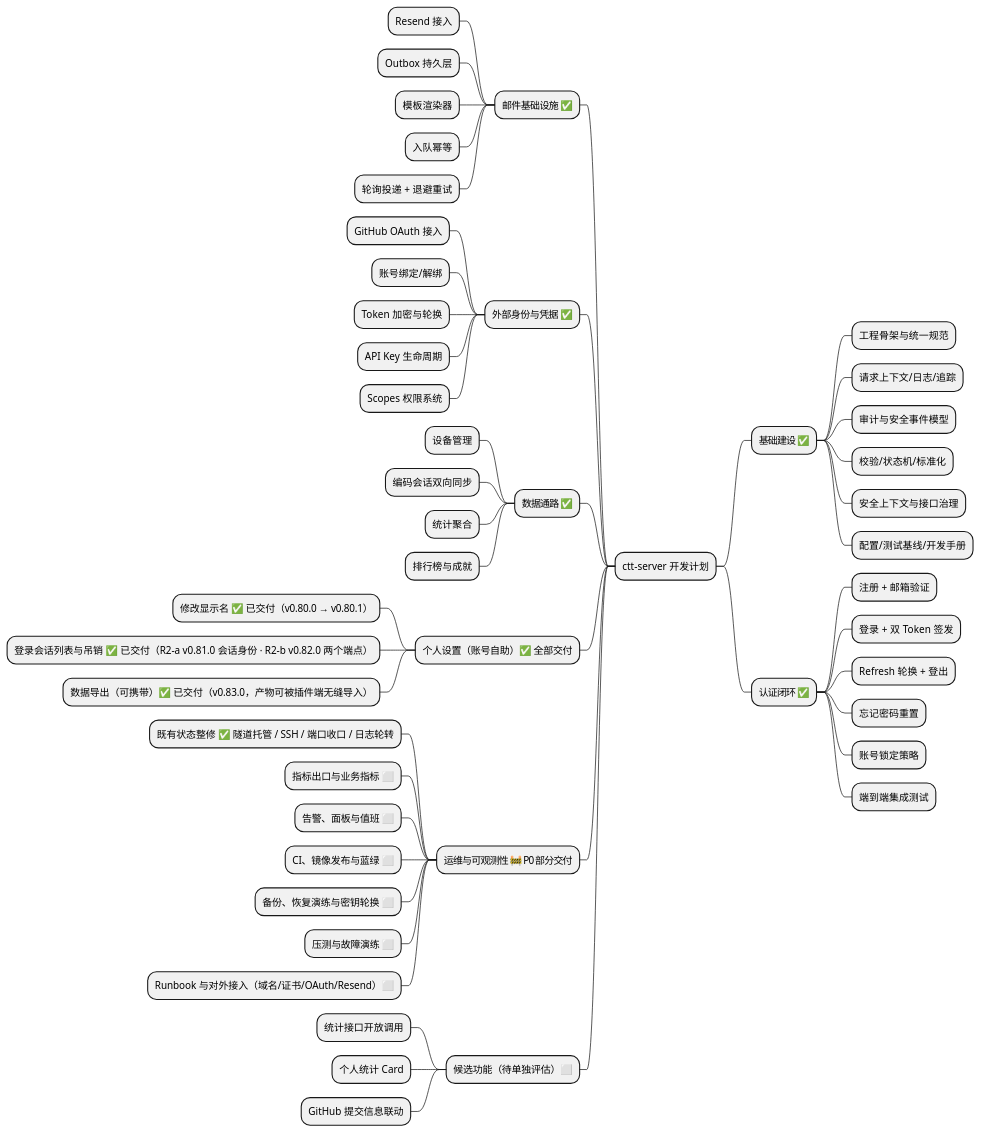
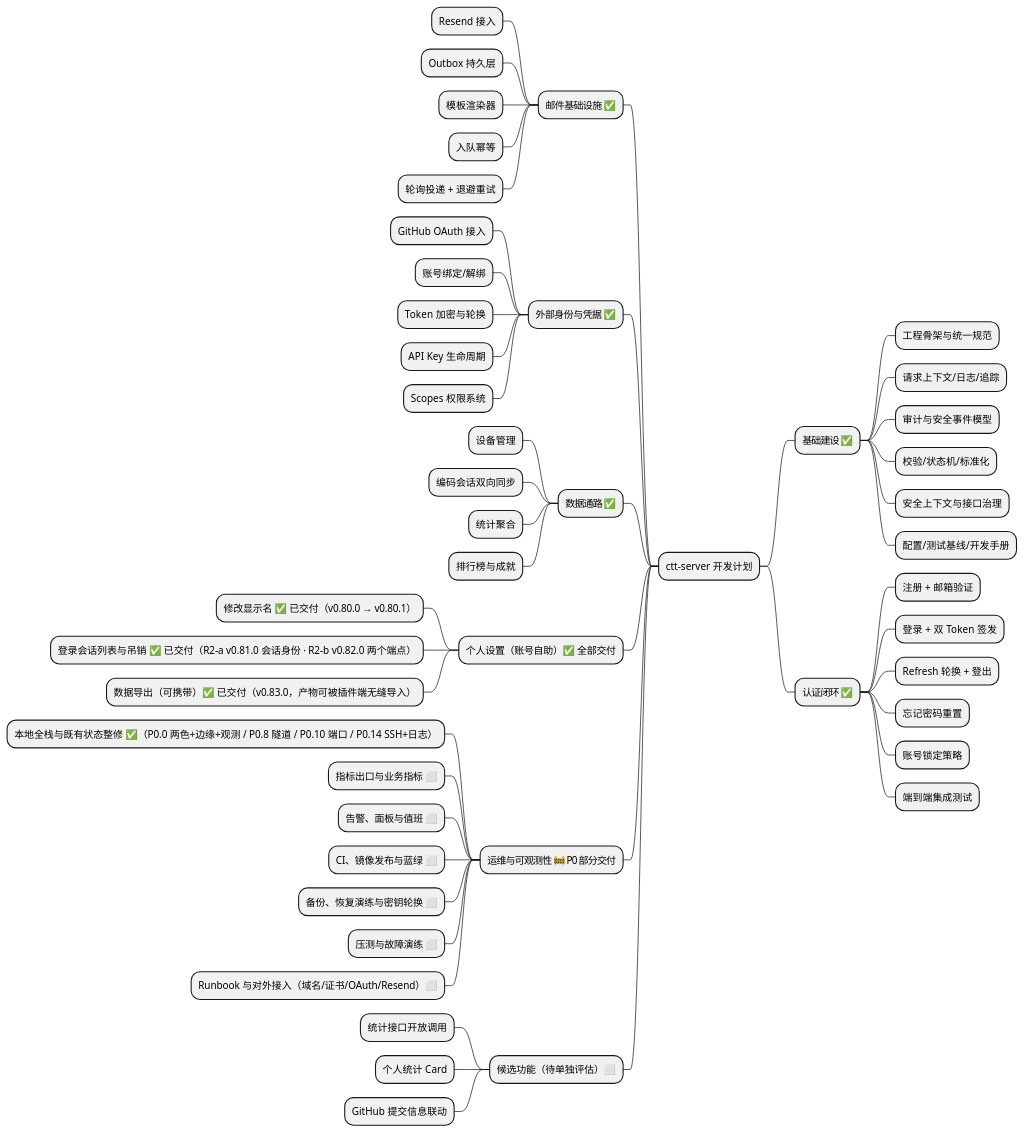
Before and after one commit to AhogeK/ctt-server: the first of 9 diagrams in .plans/ctt-server-development-plan.md, drawn with PlantUML. The commit also changed other lines of this file, not shown here.

````diff
--- a/.plans/ctt-server-development-plan.md
+++ b/.plans/ctt-server-development-plan.md
@@ -13,54 +13,54 @@
 ```plantuml
 @startmindmap
 * ctt-server 开发计划
 ** 基础建设 ✅
 *** 工程骨架与统一规范
 *** 请求上下文/日志/追踪
 *** 审计与安全事件模型
 *** 校验/状态机/标准化
 *** 安全上下文与接口治理
 *** 配置/测试基线/开发手册
 ** 认证闭环 ✅
 *** 注册 + 邮箱验证
 *** 登录 + 双 Token 签发
 *** Refresh 轮换 + 登出
 *** 忘记密码重置
 *** 账号锁定策略
 *** 端到端集成测试
 
 left side
 ** 邮件基础设施 ✅
 *** Resend 接入
 *** Outbox 持久层
 *** 模板渲染器
 *** 入队幂等
 *** 轮询投递 + 退避重试
 ** 外部身份与凭据 ✅
 *** GitHub OAuth 接入
 *** 账号绑定/解绑
 *** Token 加密与轮换
 *** API Key 生命周期
 *** Scopes 权限系统
 ** 数据通路 ✅
 *** 设备管理
 *** 编码会话双向同步
 *** 统计聚合
 *** 排行榜与成就
 ** 个人设置（账号自助）✅ 全部交付
 *** 修改显示名 ✅ 已交付（v0.80.0 → v0.80.1）
 *** 登录会话列表与吊销 ✅ 已交付（R2-a v0.81.0 会话身份 · R2-b v0.82.0 两个端点）
 *** 数据导出（可携带）✅ 已交付（v0.83.0，产物可被插件端无缝导入）
 ** 运维与可观测性 🚧 P0 部分交付
-*** 既有状态整修 ✅ 隧道托管 / SSH / 端口收口 / 日志轮转
+*** 本地全栈与既有状态整修 ✅（P0.0 两色+边缘+观测 / P0.8 隧道 / P0.10 端口 / P0.14 SSH+日志）
 *** 指标出口与业务指标 ⬜
 *** 告警、面板与值班 ⬜
 *** CI、镜像发布与蓝绿 ⬜
 *** 备份、恢复演练与密钥轮换 ⬜
 *** 压测与故障演练 ⬜
 *** Runbook 与对外接入（域名/证书/OAuth/Resend）⬜
 ** 候选功能（待单独评估）⬜
 *** 统计接口开放调用
 *** 个人统计 Card
 *** GitHub 提交信息联动
 @endmindmap
 ```
````
